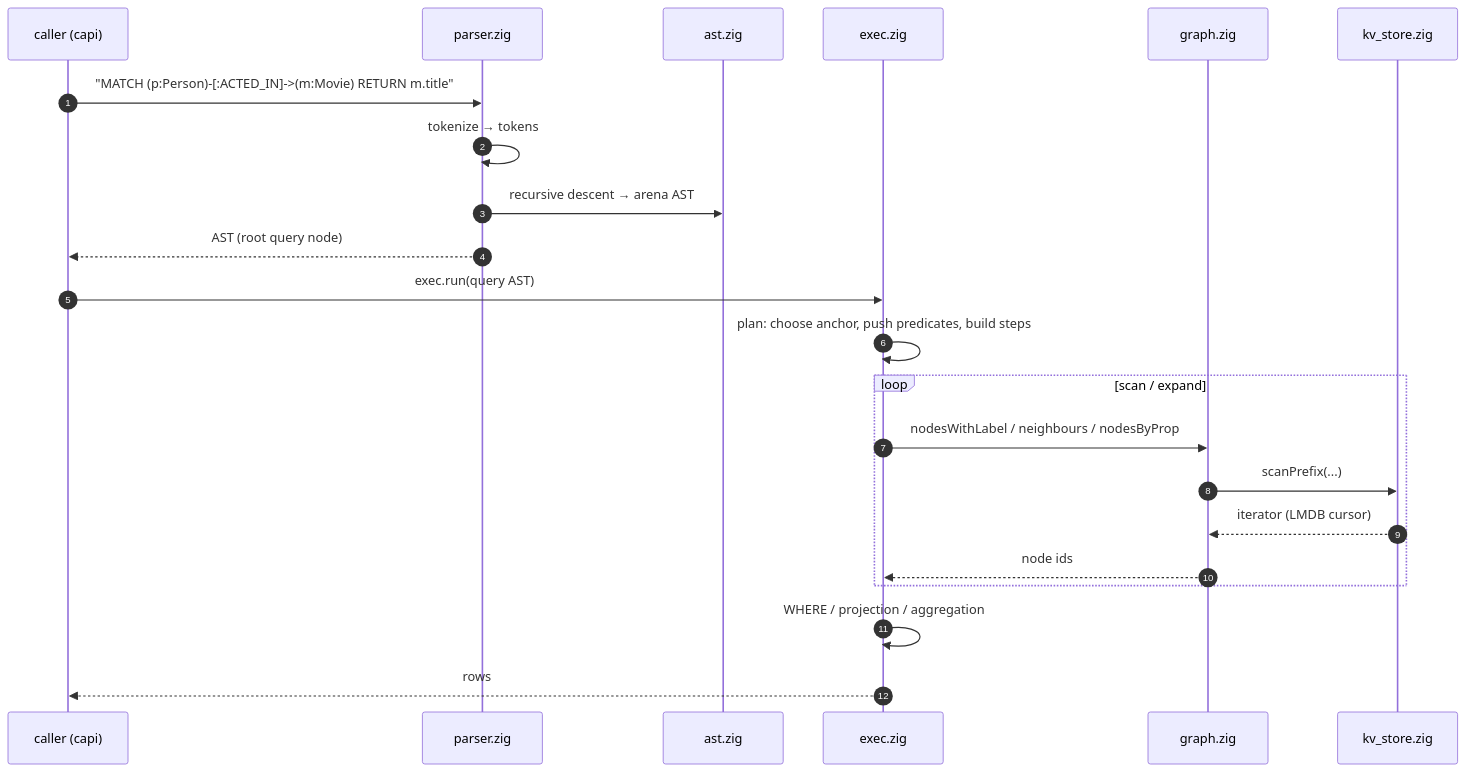
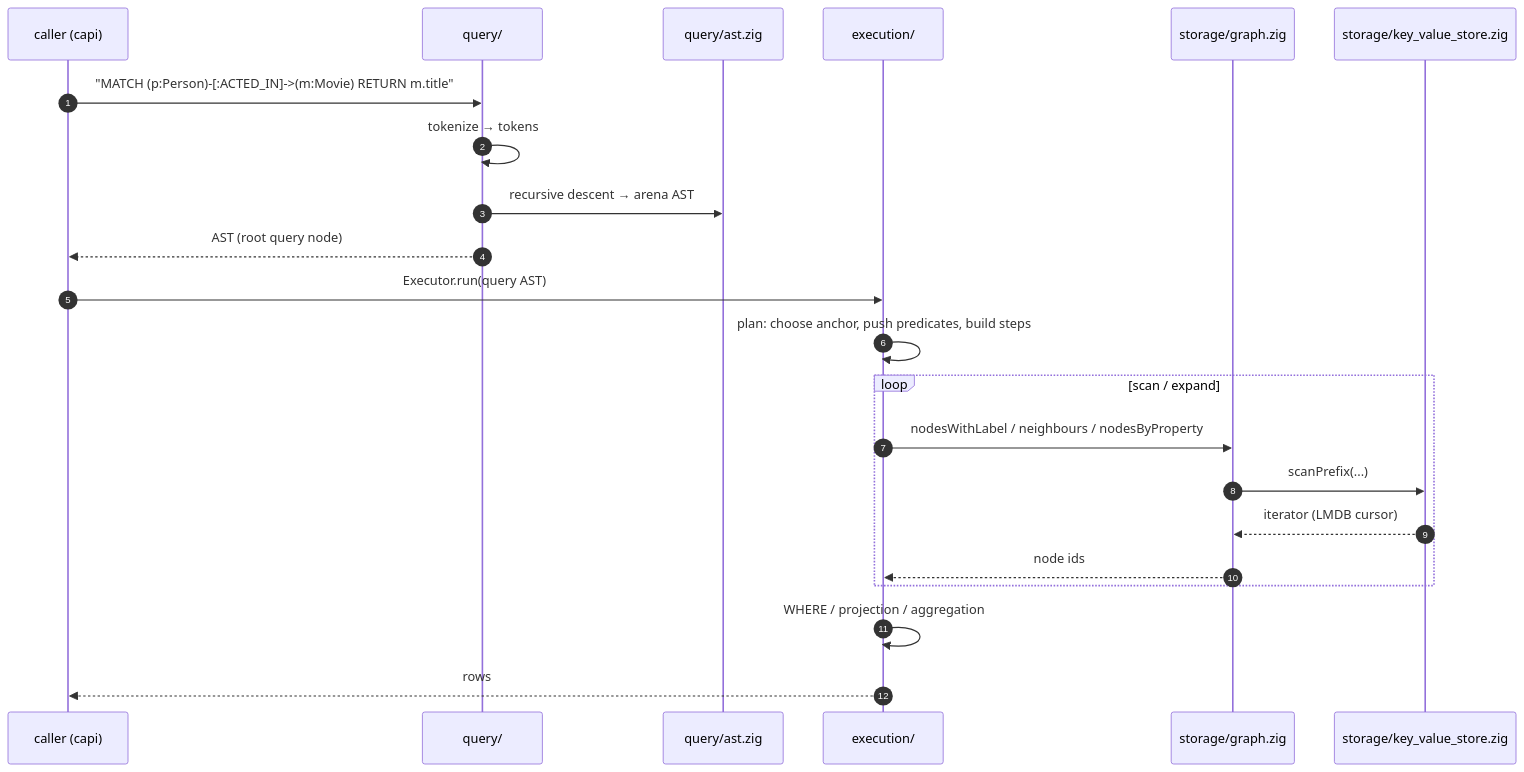
Before and after one commit to acasadom/zypherdb: the second of 2 diagrams in docs/guide/architecture.md, drawn with Mermaid. The commit also changed other lines of this file and 6 other files, not shown here.

````diff
--- a/docs/guide/architecture.md
+++ b/docs/guide/architecture.md
@@ -81,25 +104,25 @@
 ```{mermaid}
 sequenceDiagram
   autonumber
   participant C as caller (capi)
-  participant P as parser.zig
-  participant A as ast.zig
-  participant E as exec.zig
-  participant G as graph.zig
-  participant S as kv_store.zig
+  participant P as query/
+  participant A as query/ast.zig
+  participant E as execution/
+  participant G as storage/graph.zig
+  participant S as storage/key_value_store.zig
 
   C->>P: "MATCH (p:Person)-[:ACTED_IN]->(m:Movie) RETURN m.title"
   P->>P: tokenize → tokens
   P->>A: recursive descent → arena AST
   P-->>C: AST (root query node)
-  C->>E: exec.run(query AST)
+  C->>E: Executor.run(query AST)
   E->>E: plan: choose anchor, push predicates, build steps
   loop scan / expand
-    E->>G: nodesWithLabel / neighbours / nodesByProp
+    E->>G: nodesWithLabel / neighbours / nodesByProperty
     G->>S: scanPrefix(...)
     S-->>G: iterator (LMDB cursor)
     G-->>E: node ids
   end
   E->>E: WHERE / projection / aggregation
   E-->>C: rows
 ```
````
